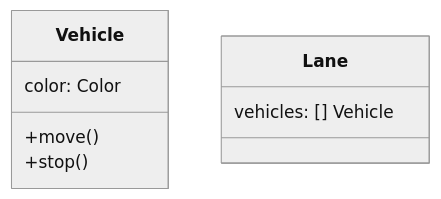
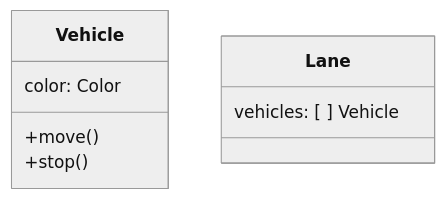
The diagram in README.md (D4rkJvck/road_intersection), drawn with Mermaid (neutral theme) before and after one commit. The commit also changed 4 other files, not shown here.

````diff
--- a/README.md
+++ b/README.md
@@ -61,12 +61,13 @@
 ```mermaid
 classDiagram
   class Vehicle {
     color: Color
     +move()
     +stop()
   }
 
   class Lane {
-    vehicles: [] Vehicle
+    vehicles: [ ] Vehicle
+    
   }
 ```
````
